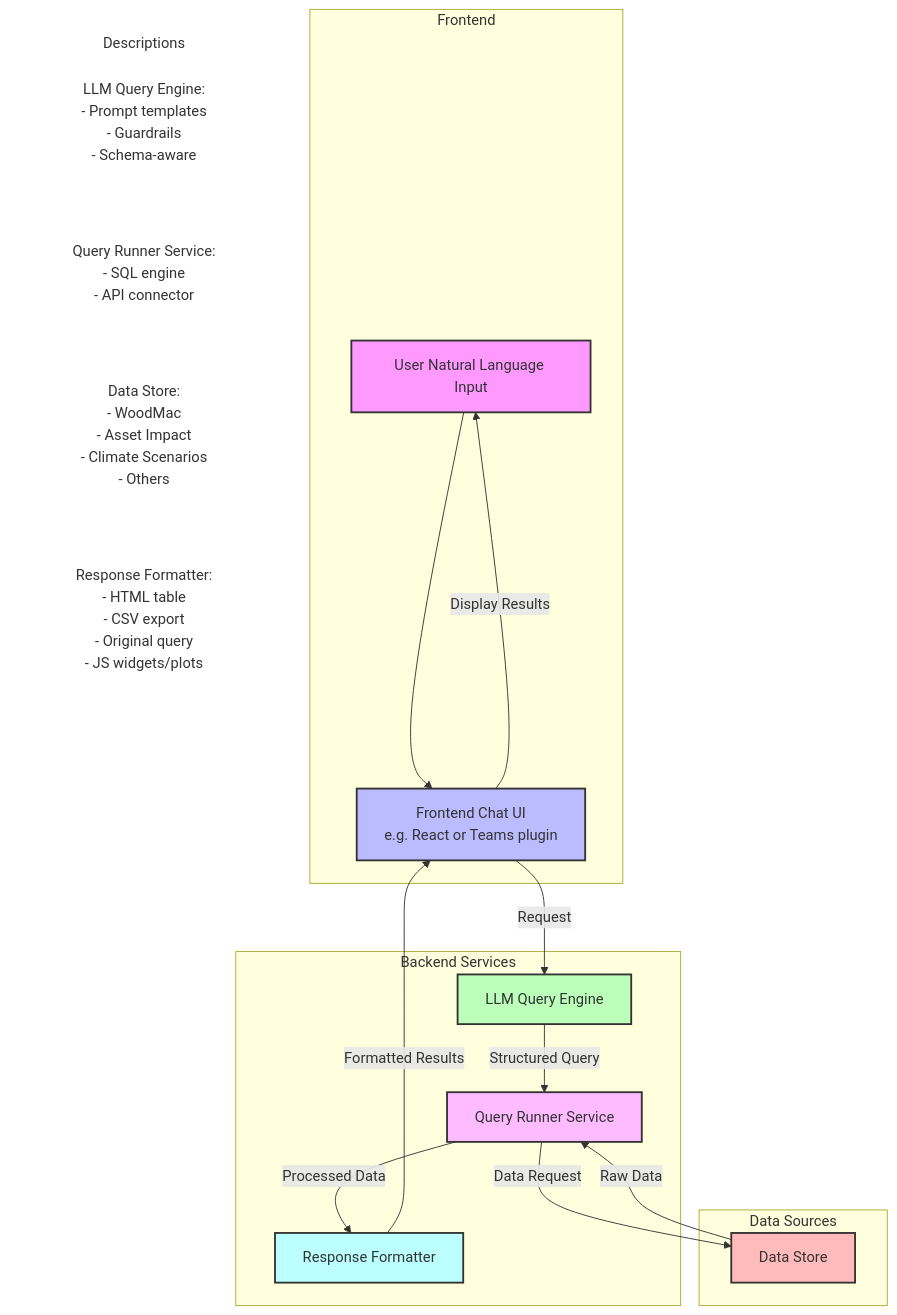
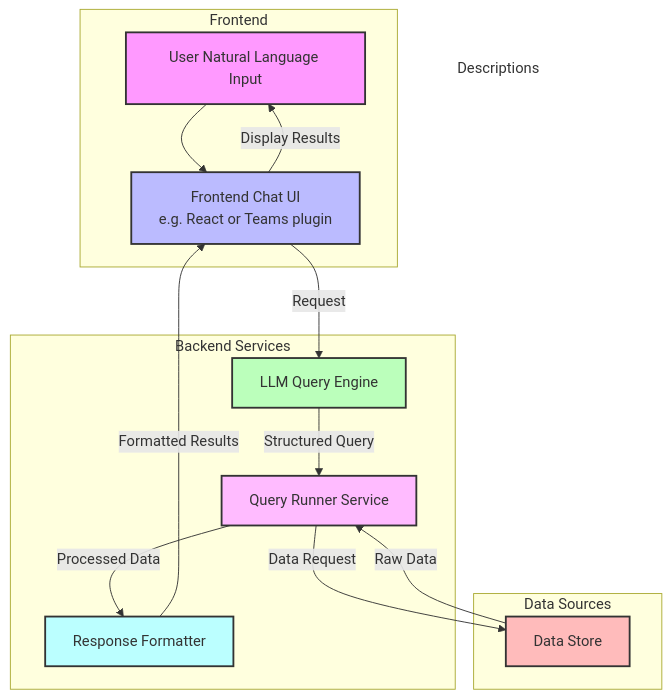
One commit to jdhoffa/lucidata changed the diagram in README.md. Above: the diagram before and after it, drawn with Mermaid.

````diff
--- a/README.md
+++ b/README.md
@@ -45,51 +45,43 @@
 ```mermaid
 graph TD
     A[User Natural Language Input] --> B[Frontend Chat UI]
     B --> |Request| C[LLM Query Engine]
     C --> |Structured Query| D[Query Runner Service]
     D --> |Data Request| E[Data Store]
     E --> |Raw Data| D
     D --> |Processed Data| F[Response Formatter]
     F --> |Formatted Results| B
     B --> |Display Results| A
 
     style A fill:#f9f,stroke:#333,stroke-width:2px
     style B fill:#bbf,stroke:#333,stroke-width:2px
     style C fill:#bfb,stroke:#333,stroke-width:2px
     style D fill:#fbf,stroke:#333,stroke-width:2px
     style E fill:#fbb,stroke:#333,stroke-width:2px
     style F fill:#bff,stroke:#333,stroke-width:2px
 
     subgraph "Frontend"
         A[User Natural Language Input]
         B[Frontend Chat UI<br>e.g. React or Teams plugin]
     end
 
     subgraph "Backend Services"
         C[LLM Query Engine]
         D[Query Runner Service]
         F[Response Formatter]
     end
 
     subgraph "Data Sources"
         E[Data Store]
     end
 
     classDef default fill:#f9f,stroke:#333,stroke-width:1px
     classDef component fill:#bbf,stroke:#333,stroke-width:1px
     
     %% Component details
     class A default
     class B component
     
-    %% Descriptions placed separately for better compatibility
-    subgraph Descriptions
-        C1[LLM Query Engine:<br>- Prompt templates<br>- Guardrails<br>- Schema-aware]:::hidden
-        D1[Query Runner Service:<br>- SQL engine <br>- API connector]:::hidden
-        E1[Data Store:<br>- WoodMac<br>- Asset Impact<br>- Climate Scenarios <br>- Others]:::hidden
-        F1[Response Formatter:<br>- HTML table<br>- CSV export<br>- Original query<br>- JS widgets/plots]:::hidden
-    end
-    
     classDef hidden fill:none,stroke:none,color:none
     style Descriptions fill:none,stroke:none
 ```
````
